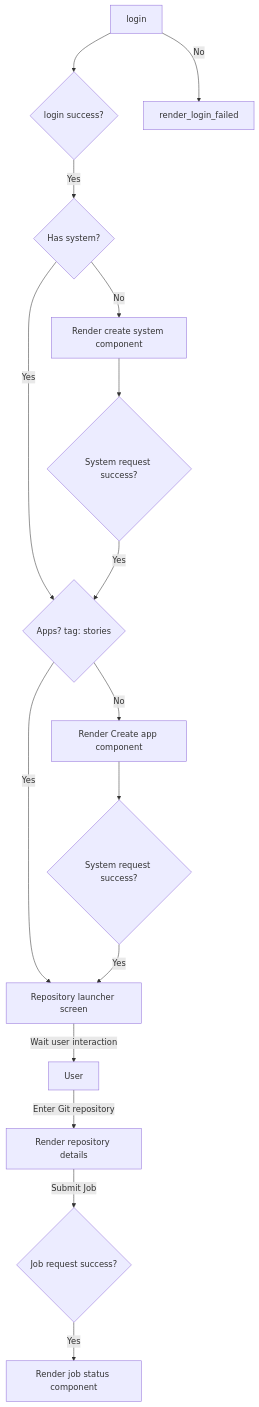
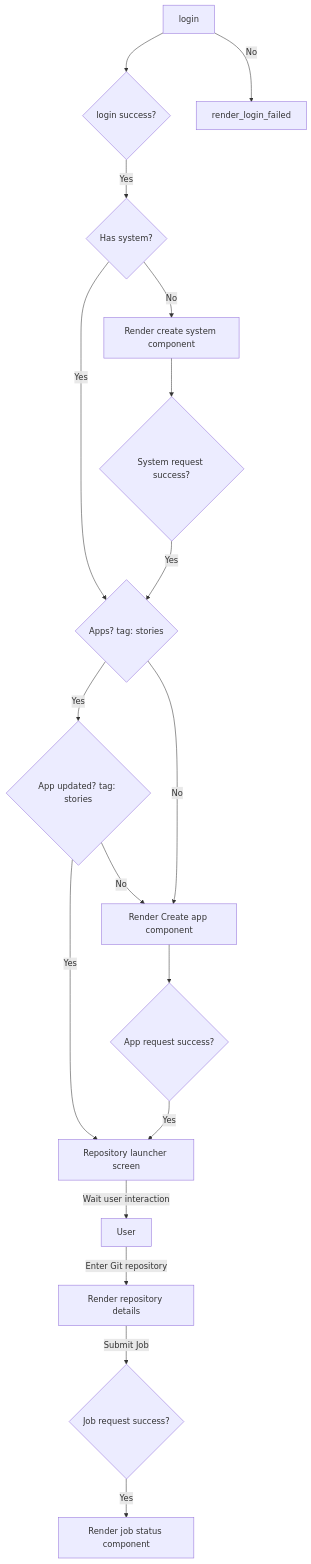
The diagram in README.md (In-For-Disaster-Analytics/stories-app), drawn with Mermaid before and after one commit.

Commit message:
docs: add cond is app updated?

````diff
--- a/README.md
+++ b/README.md
@@ -36,45 +36,50 @@
 ```mermaid
 flowchart
     user[User]
     login[login]
     login_cond{login success?}
     render_login_failed
 
 
     system_cond{Has system?}
     render_create_system[Render create system component]
     system_create_status{System request success?}
     app_stories_cond{Apps? tag: stories}
+    app_stories_updated_cond{App updated? tag: stories}
     render_create_app[Render Create app component]
-    app_create_status{System request success?}
+    app_create_status{App request success?}
     render_repository_launcher[Repository launcher screen]
     render_repository_reader[Render repository details]
 
 
     job_create_status{Job request  success?}
     render_status_component[Render job status component]
 
     login --> login_cond
     login_cond -- Yes --> system_cond
     login -- No --> render_login_failed
 
     system_cond -- Yes --> app_stories_cond
     system_cond -- No --> render_create_system
 
     render_create_system --> system_create_status
     system_create_status -- Yes --> app_stories_cond
 
-    app_stories_cond -- Yes --> render_repository_launcher
+    app_stories_cond -- Yes --> app_stories_updated_cond
     app_stories_cond -- No --> render_create_app
+
+    app_stories_updated_cond -- Yes --> render_repository_launcher
+    app_stories_updated_cond -- No --> render_create_app
+
 
     render_create_app --> app_create_status
 
     app_create_status -- Yes --> render_repository_launcher
     render_repository_launcher -- Wait user interaction --> user
     user -- Enter Git repository --> render_repository_reader
 
     render_repository_reader -- Submit Job --> job_create_status
 
 
     job_create_status -- Yes --> render_status_component
 ```
````
